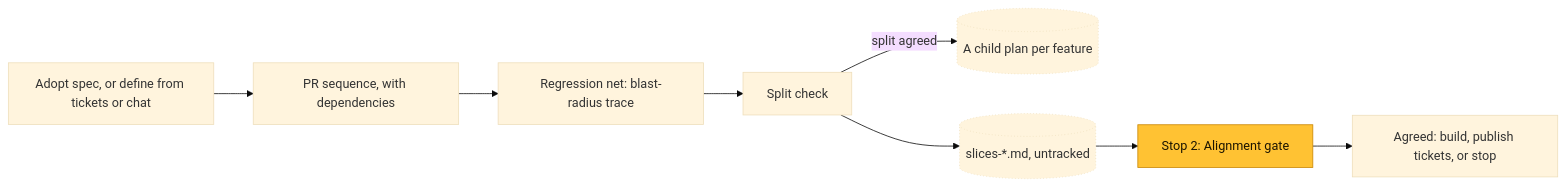
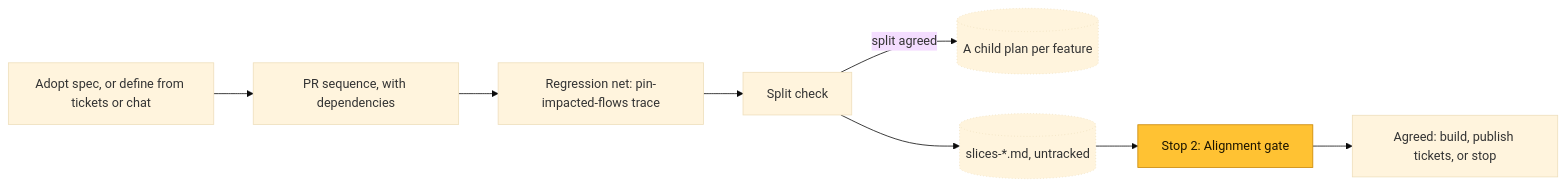
The third of 6 diagrams in docs/workflow.md (josephgee/agent-tools), drawn with Mermaid (base theme) before and after one commit. The commit also changed other lines of this file and 6 other files, not shown here.

First line of the commit message:
pin-impacted-flows: rename from blast-radius, run in a subagent

````diff
--- a/docs/workflow.md
+++ b/docs/workflow.md
@@ -46,13 +46,13 @@
 ```mermaid
 flowchart LR
   adopt["Adopt spec, or define from tickets or chat"] --> prs["PR sequence, with dependencies"]
-  prs --> net["Regression net: blast-radius trace"]
+  prs --> net["Regression net: pin-impacted-flows trace"]
   net --> split["Split check"]
   split -->|split agreed| children[("A child plan per feature")]:::file
   split --> plan[("slices-*.md, untracked")]:::file
   plan --> align["Stop 2: Alignment gate"]:::you
   align --> next["Agreed: build, publish tickets, or stop"]
 
   classDef you fill:#ffc233,stroke:#c98600,color:#1d1500
   classDef file stroke-dasharray:1 3
 ```
````
